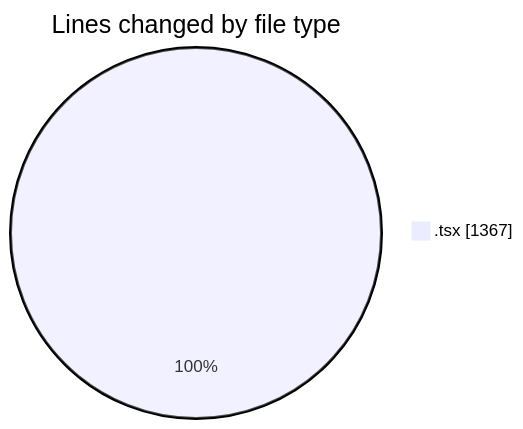
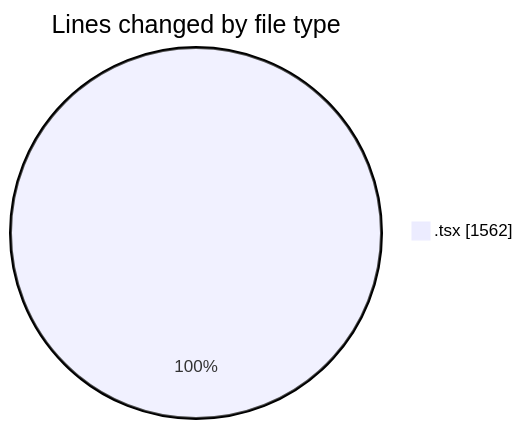
Before and after one commit to nxtqubesakshisongat/code-tracking: the first of 2 diagrams in 2026-08-24/nxtqube_webapp/README.md, drawn with Mermaid. The commit also changed other lines of this file and 1 other file, not shown here.

````diff
--- a/2026-08-24/nxtqube_webapp/README.md
+++ b/2026-08-24/nxtqube_webapp/README.md
@@ -25,5 +27,5 @@
 ```mermaid
 pie showData
 title Lines changed by file type
-".tsx" : 1367
+".tsx" : 1562
 ```
````
